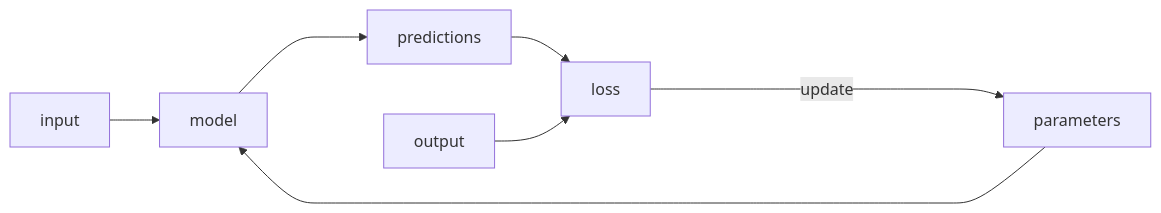
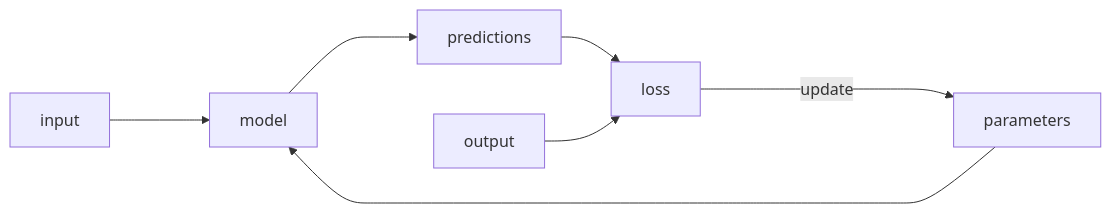
One commit to nicoladerric/nicoladerric.github.io changed the third of 3 diagrams in _posts/2023-08-16-rivoluzione.md. Above: the diagram before and after it, drawn with Mermaid.

````diff
--- a/_posts/2023-08-16-rivoluzione.md
+++ b/_posts/2023-08-16-rivoluzione.md
@@ -31,9 +31,9 @@
 ```mermaid
 flowchart LR;
-    input --> model;
+    input ---> model;
     parameters --> model;
     model ---> predictions;
     predictions --> loss;
     output --> loss;
-    loss -------> |update|parameters;
+    loss -----> |update|parameters;
 ```
````
